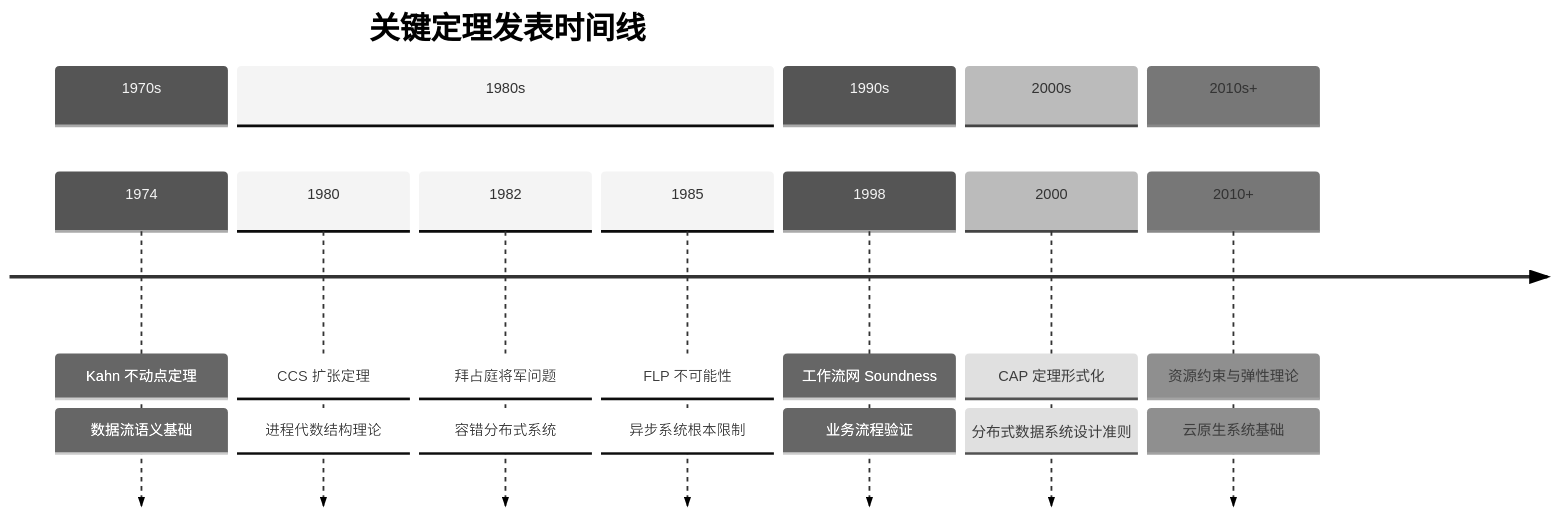
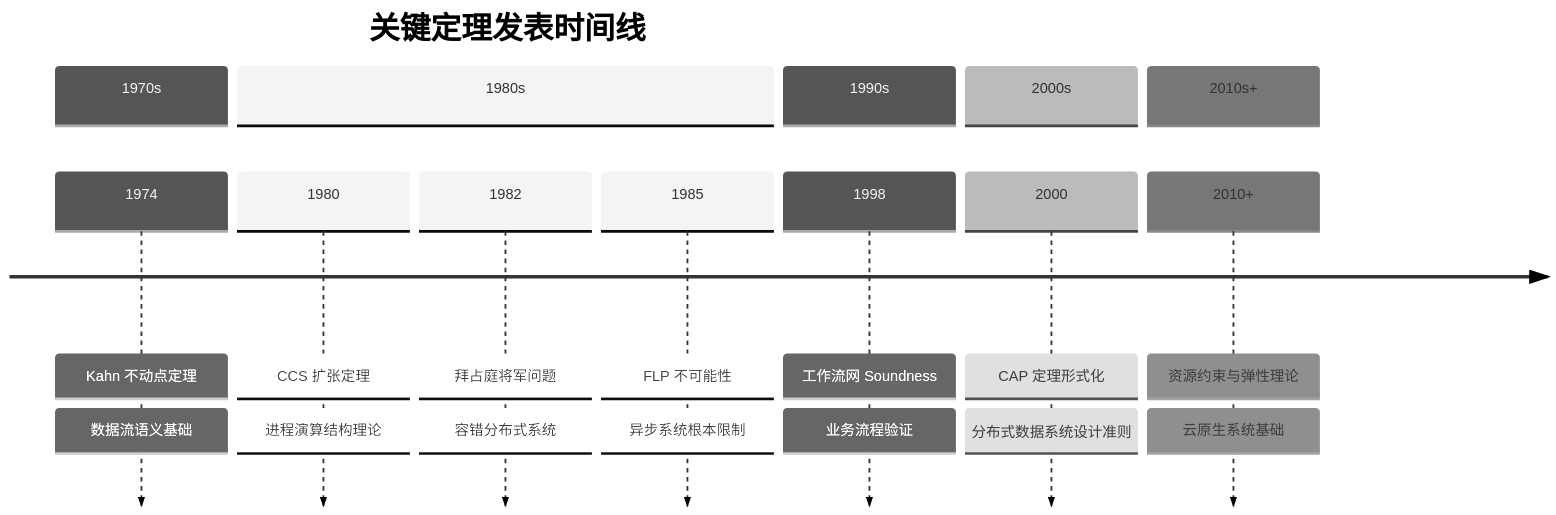
Before and after one commit to AdaMartin18010/AnalysisDataFlow: the third of 3 diagrams in formal-methods/98-appendices/01-key-theorems.md, drawn with Mermaid (neutral theme). The commit also changed other lines of this file and 129 other files, not shown here.

````diff
--- a/formal-methods/98-appendices/01-key-theorems.md
+++ b/formal-methods/98-appendices/01-key-theorems.md
@@ -367,23 +367,23 @@
 ```mermaid
 timeline
     title 关键定理发表时间线
     section 1970s
         1974 : Kahn 不动点定理
              : 数据流语义基础
     section 1980s
         1980 : CCS 扩张定理
-             : 进程代数结构理论
+             : 进程演算结构理论
         1982 : 拜占庭将军问题
              : 容错分布式系统
         1985 : FLP 不可能性
              : 异步系统根本限制
     section 1990s
         1998 : 工作流网 Soundness
              : 业务流程验证
     section 2000s
         2000 : CAP 定理形式化
              : 分布式数据系统设计准则
     section 2010s+
         2010+ : 资源约束与弹性理论
               : 云原生系统基础
 ```
````
